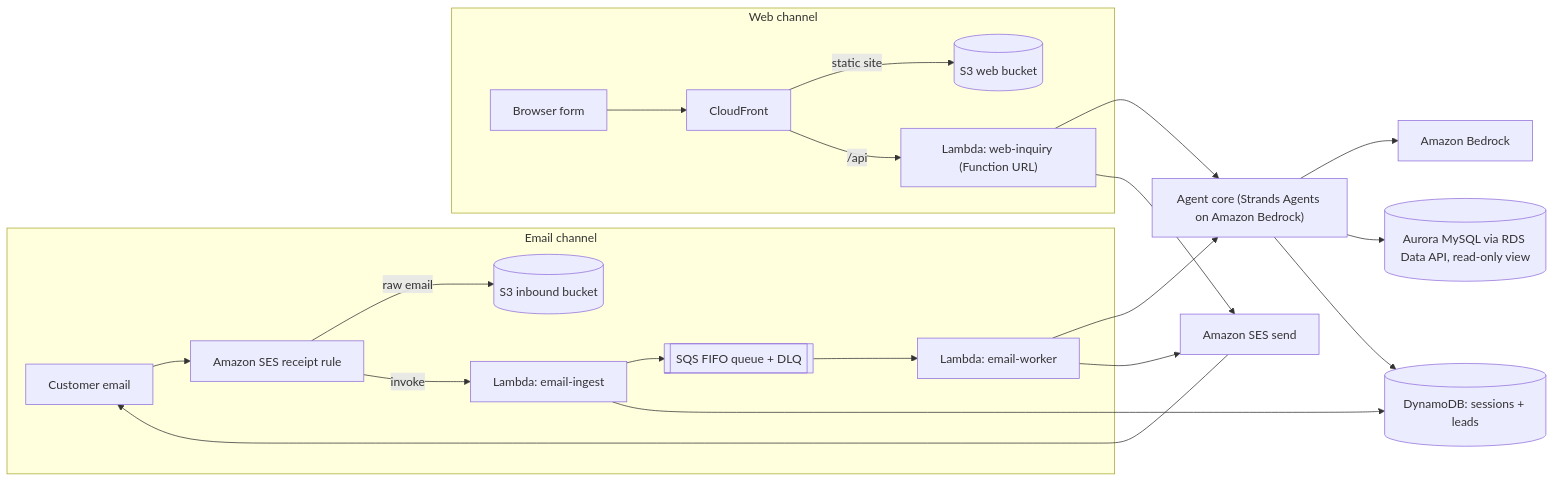
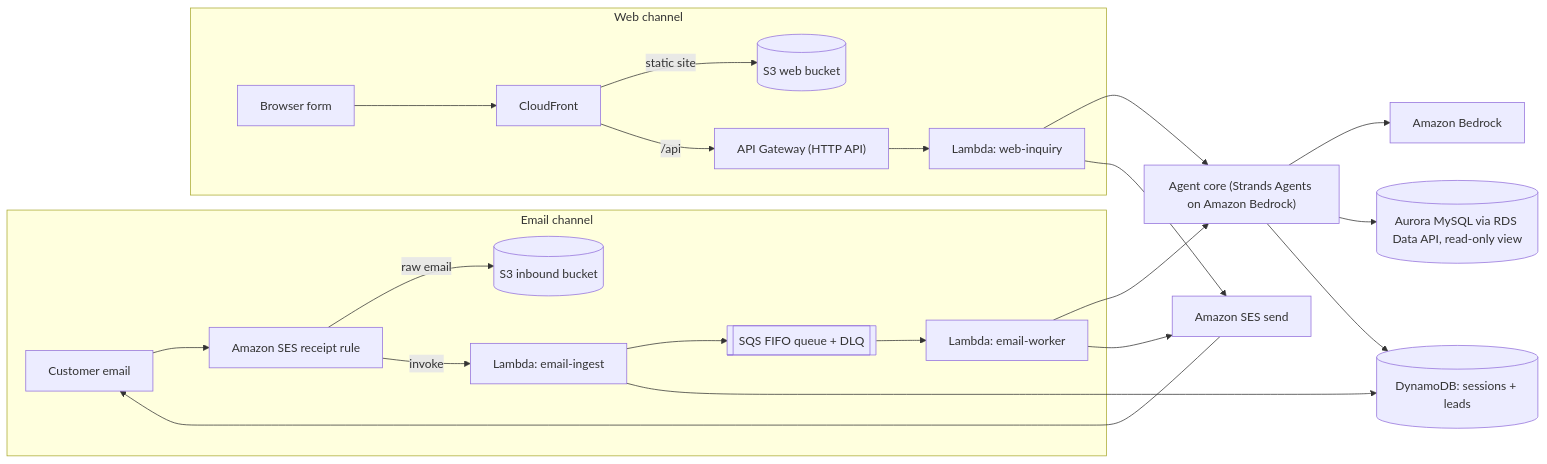
The diagram in README.md (Omar-Ali-Phoenix/EstateEdge-Email-Agent), drawn with Mermaid before and after one commit. The commit also changed other lines of this file and 1 other file, not shown here.

````diff
--- a/README.md
+++ b/README.md
@@ -209,24 +260,25 @@
 ```mermaid
 flowchart LR
   subgraph EMAIL["Email channel"]
     C["Customer email"] --> SESIN["Amazon SES receipt rule"]
     SESIN -->|"raw email"| S3IN[("S3 inbound bucket")]
     SESIN -->|"invoke"| L1["Lambda: email-ingest"]
     L1 --> Q[["SQS FIFO queue + DLQ"]]
     Q --> L2["Lambda: email-worker"]
   end
   subgraph WEB["Web channel"]
     B["Browser form"] --> CF["CloudFront"]
     CF -->|"static site"| S3W[("S3 web bucket")]
-    CF -->|"/api"| L3["Lambda: web-inquiry (Function URL)"]
+    CF -->|"/api"| APIGW["API Gateway (HTTP API)"]
+    APIGW --> L3["Lambda: web-inquiry"]
   end
   L2 --> AGENT["Agent core (Strands Agents on Amazon Bedrock)"]
   L3 --> AGENT
   AGENT --> BR["Amazon Bedrock"]
   AGENT --> DB[("Aurora MySQL via RDS Data API, read-only view")]
   AGENT --> DDB[("DynamoDB: sessions + leads")]
   L1 --> DDB
   L2 --> SESOUT["Amazon SES send"]
   L3 --> SESOUT
   SESOUT --> C
 ```
````
